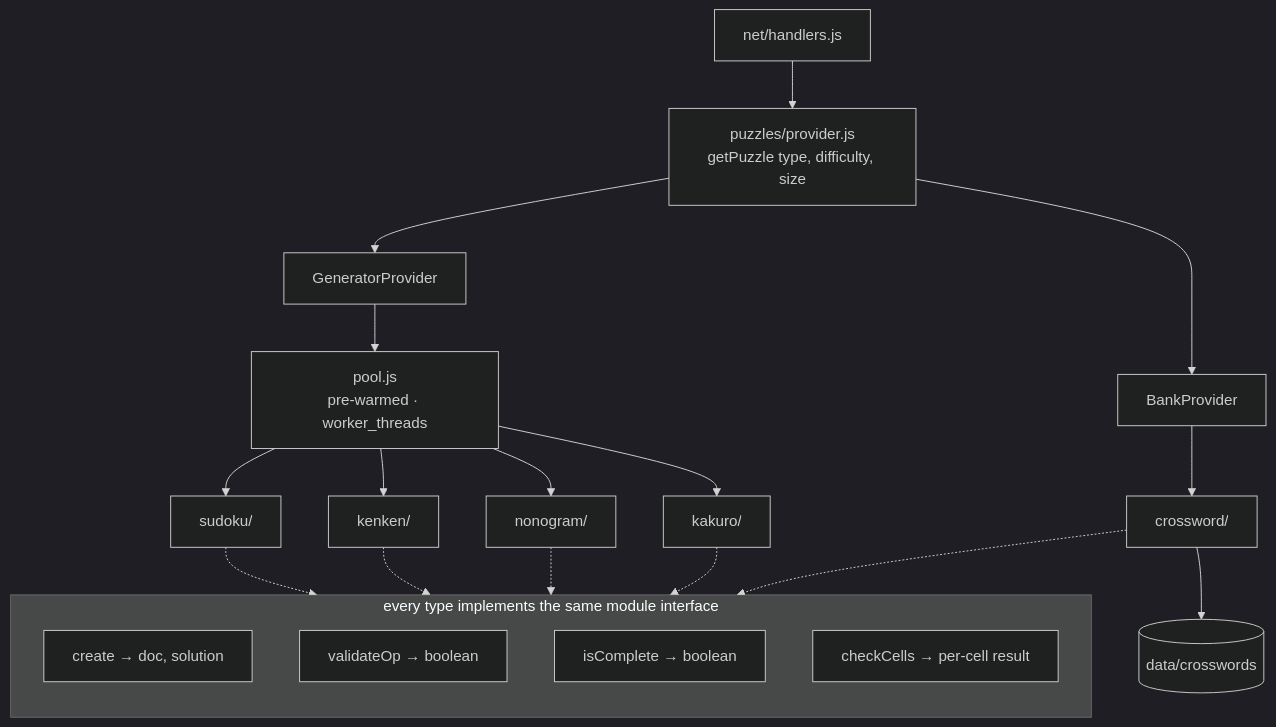
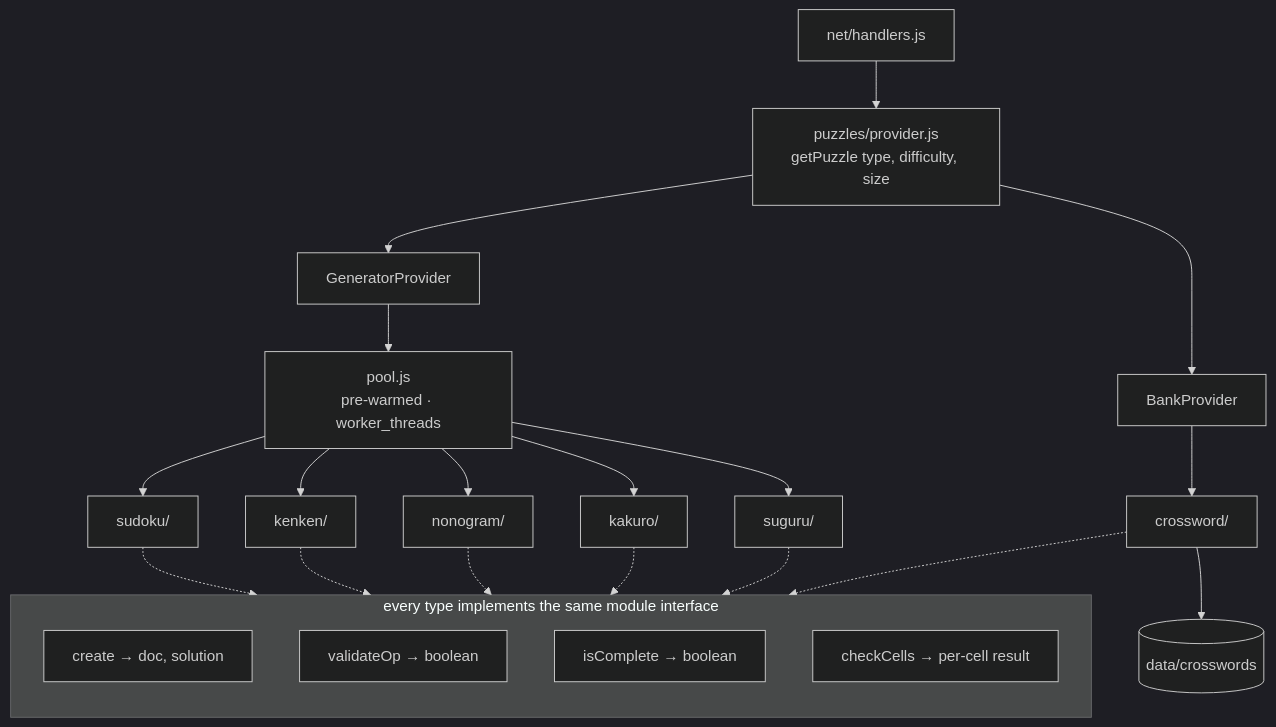
One commit to nikhilasm/puzzletogether changed the fifth of 6 diagrams in docs/architecture.md. Above: the diagram before and after it, drawn with Mermaid (dark theme). The commit also changed other lines of this file and 20 other files, not shown here.

````diff
--- a/docs/architecture.md
+++ b/docs/architecture.md
@@ -173,29 +173,31 @@
 ```mermaid
 flowchart TB
     H["net/handlers.js"] --> PROV["puzzles/provider.js<br/>getPuzzle type, difficulty, size"]
 
     PROV --> GEN["GeneratorProvider"]
     PROV --> BNK["BankProvider"]
 
     GEN --> POOL["pool.js<br/>pre-warmed · worker_threads"]
     POOL --> SUD["sudoku/"]
     POOL --> KEN["kenken/"]
     POOL --> NON["nonogram/"]
     POOL --> KAK["kakuro/"]
+    POOL --> SUG["suguru/"]
     BNK --> CW["crossword/"]
     CW --> FILES[("data/crosswords")]
 
     subgraph IFACE["every type implements the same module interface"]
       direction TB
       I1["create → doc, solution"]
       I2["validateOp → boolean"]
       I3["isComplete → boolean"]
       I4["checkCells → per-cell result"]
     end
 
     SUD -.-> IFACE
     KEN -.-> IFACE
     NON -.-> IFACE
     KAK -.-> IFACE
+    SUG -.-> IFACE
     CW -.-> IFACE
 ```
````
